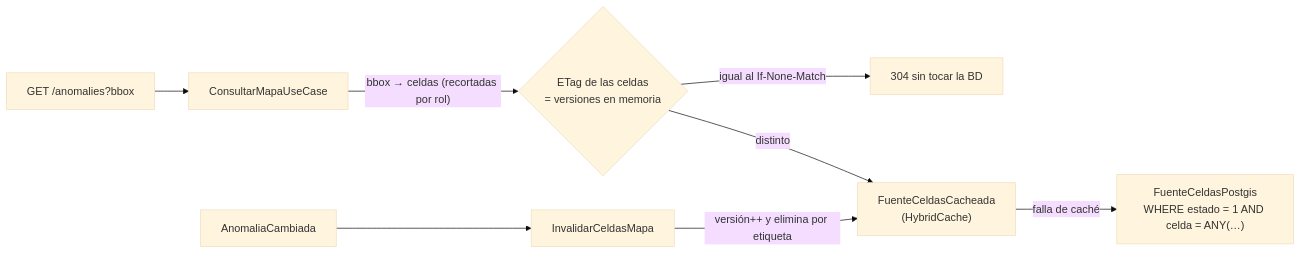
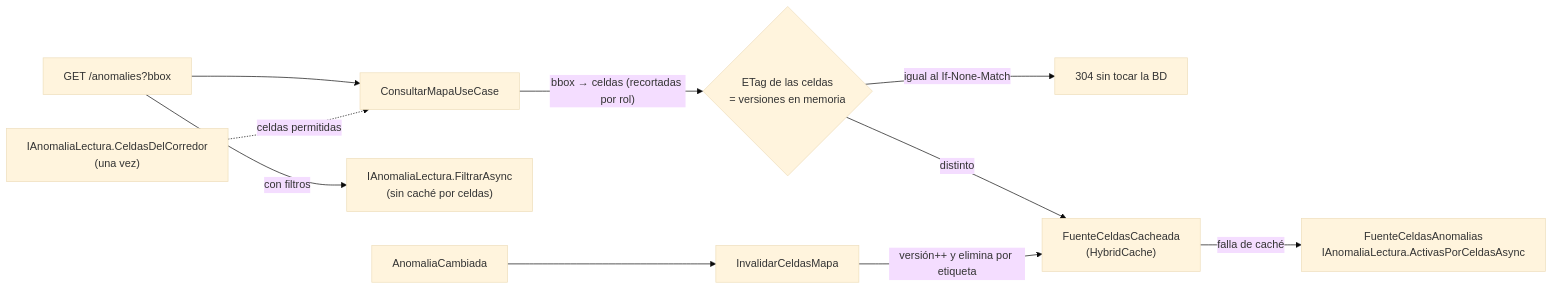
Before and after one commit to Crisso29/KillaUru_Sprint01: the diagram in docs/03-diseño-de-software/diseño-interno-de-modulos.md, drawn with Mermaid (base theme). The commit also changed other lines of this file and 443 other files, not shown here.

````diff
--- a/docs/03-diseño-de-software/diseño-interno-de-modulos.md
+++ b/docs/03-diseño-de-software/diseño-interno-de-modulos.md
@@ -249,10 +292,12 @@
 ```mermaid
 flowchart LR
     REQ["GET /anomalies?bbox"] --> UC["ConsultarMapaUseCase"]
     UC -- "bbox → celdas (recortadas por rol)" --> ETAG{"ETag de las celdas<br/>= versiones en memoria"}
     ETAG -- "igual al If-None-Match" --> R304["304 sin tocar la BD"]
     ETAG -- "distinto" --> DEC["FuenteCeldasCacheada<br/>(HybridCache)"]
-    DEC -- "falla de caché" --> PG["FuenteCeldasPostgis<br/>WHERE estado = 1 AND celda = ANY(…)"]
+    DEC -- "falla de caché" --> PG["FuenteCeldasAnomalias<br/>IAnomaliaLectura.ActivasPorCeldasAsync"]
+    COR["IAnomaliaLectura.CeldasDelCorredor<br/>(una vez)"] -. "celdas permitidas" .-> UC
+    REQ -- "con filtros" --> FIL["IAnomaliaLectura.FiltrarAsync<br/>(sin caché por celdas)"]
     EVT["AnomaliaCambiada"] --> INV["InvalidarCeldasMapa"]
     INV -- "versión++ y elimina por etiqueta" --> DEC
 ```
````
